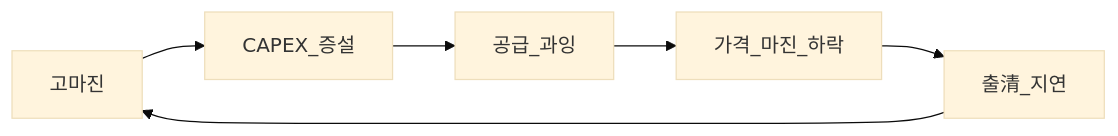
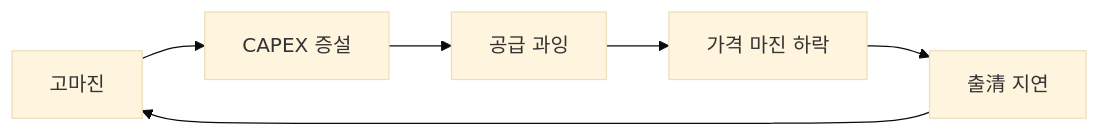
Before and after one commit to goldanghenry/Finances: the second of 3 diagrams in 02-economics/micro-05-sector-applications.md, drawn with Mermaid (base theme). The commit also changed other lines of this file and 211 other files, not shown here.

````diff
--- a/02-economics/micro-05-sector-applications.md
+++ b/02-economics/micro-05-sector-applications.md
@@ -133,8 +147,8 @@
 ```mermaid
 flowchart LR
-  Boom[고마진] --> Capex[CAPEX_증설]
-  Capex --> Oversupply[공급_과잉]
-  Oversupply --> PriceDown[가격_마진_하락]
-  PriceDown --> Shakeout[출清_지연]
+  Boom[고마진] --> Capex["CAPEX 증설"]
+  Capex --> Oversupply["공급 과잉"]
+  Oversupply --> PriceDown["가격 마진 하락"]
+  PriceDown --> Shakeout["출清 지연"]
   Shakeout --> Boom
 ```
````
